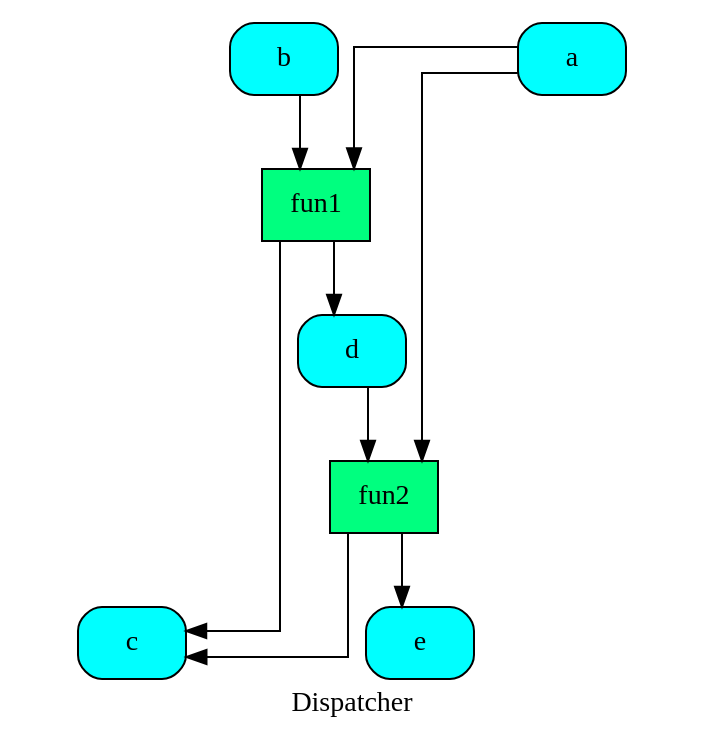
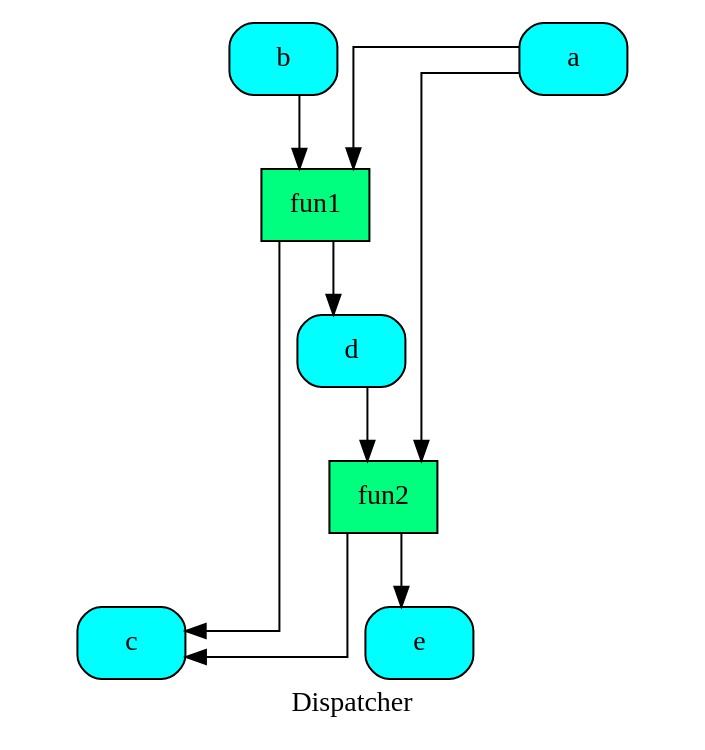
The diagram in doc/dispatcher/__init__/get_sub_dsp/dsp.dot (vinci1it2000/schedula), drawn with Graphviz before and after one commit. The commit also changed 24 other files, not shown here.

```diff
--- a/doc/dispatcher/__init__/get_sub_dsp/dsp.dot
+++ b/doc/dispatcher/__init__/get_sub_dsp/dsp.dot
@@ -1,21 +1,21 @@
 digraph Dispatcher {
 	graph [ratio=1]
 	node [style=filled]
+	label = "Dispatcher"
 	splines = ortho
-	label = "Dispatcher"
-		Dispatcher_5731122394292607163 [label="{ b  }" fillcolor=cyan shape=Mrecord]
-		Dispatcher_5321415535369325078 [label="{ fun1  }" fillcolor=springgreen shape=record]
-		Dispatcher_5471397706553619705 [label="{ d  }" fillcolor=cyan shape=Mrecord]
-		Dispatcher_6978204315916669291 [label="{ a  }" fillcolor=cyan shape=Mrecord]
-		"Dispatcher_-9068828303841174803" [label="{ c  }" fillcolor=cyan shape=Mrecord]
-		Dispatcher_336007812384011630 [label="{ e  }" fillcolor=cyan shape=Mrecord]
-		Dispatcher_8713580508826828349 [label="{ fun2  }" fillcolor=springgreen shape=record]
-			Dispatcher_5731122394292607163 -> Dispatcher_5321415535369325078
-			Dispatcher_5321415535369325078 -> Dispatcher_5471397706553619705
-			Dispatcher_5321415535369325078 -> "Dispatcher_-9068828303841174803"
-			Dispatcher_5471397706553619705 -> Dispatcher_8713580508826828349
-			Dispatcher_6978204315916669291 -> Dispatcher_8713580508826828349
-			Dispatcher_6978204315916669291 -> Dispatcher_5321415535369325078
-			Dispatcher_8713580508826828349 -> "Dispatcher_-9068828303841174803"
-			Dispatcher_8713580508826828349 -> Dispatcher_336007812384011630
+		Dispatcher_2454507358469954929 [label="{ d  }" fillcolor=cyan shape=Mrecord]
+		Dispatcher_2280363104014426707 [label="{ fun2  }" fillcolor=springgreen shape=record]
+		Dispatcher_6185816497042703556 [label="{ b  }" fillcolor=cyan shape=Mrecord]
+		"Dispatcher_-623183564480841321" [label="{ e  }" fillcolor=cyan shape=Mrecord]
+		"Dispatcher_-6053996528196385240" [label="{ c  }" fillcolor=cyan shape=Mrecord]
+		Dispatcher_2203997267912285163 [label="{ a  }" fillcolor=cyan shape=Mrecord]
+		Dispatcher_688017470148481981 [label="{ fun1  }" fillcolor=springgreen shape=record]
+			Dispatcher_2454507358469954929 -> Dispatcher_2280363104014426707
+			Dispatcher_2280363104014426707 -> "Dispatcher_-6053996528196385240"
+			Dispatcher_2280363104014426707 -> "Dispatcher_-623183564480841321"
+			Dispatcher_6185816497042703556 -> Dispatcher_688017470148481981
+			Dispatcher_2203997267912285163 -> Dispatcher_2280363104014426707
+			Dispatcher_2203997267912285163 -> Dispatcher_688017470148481981
+			Dispatcher_688017470148481981 -> "Dispatcher_-6053996528196385240"
+			Dispatcher_688017470148481981 -> Dispatcher_2454507358469954929
 }
```
